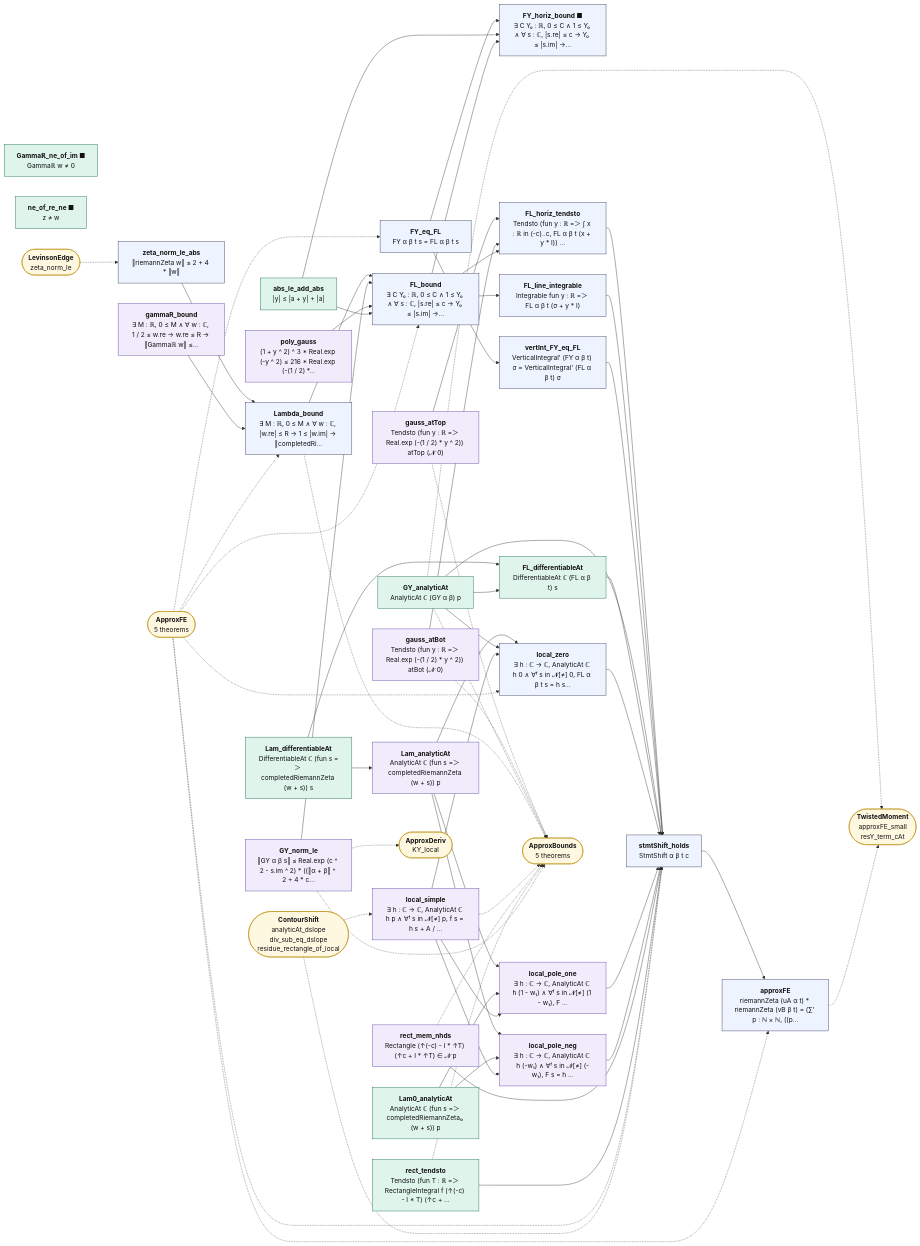
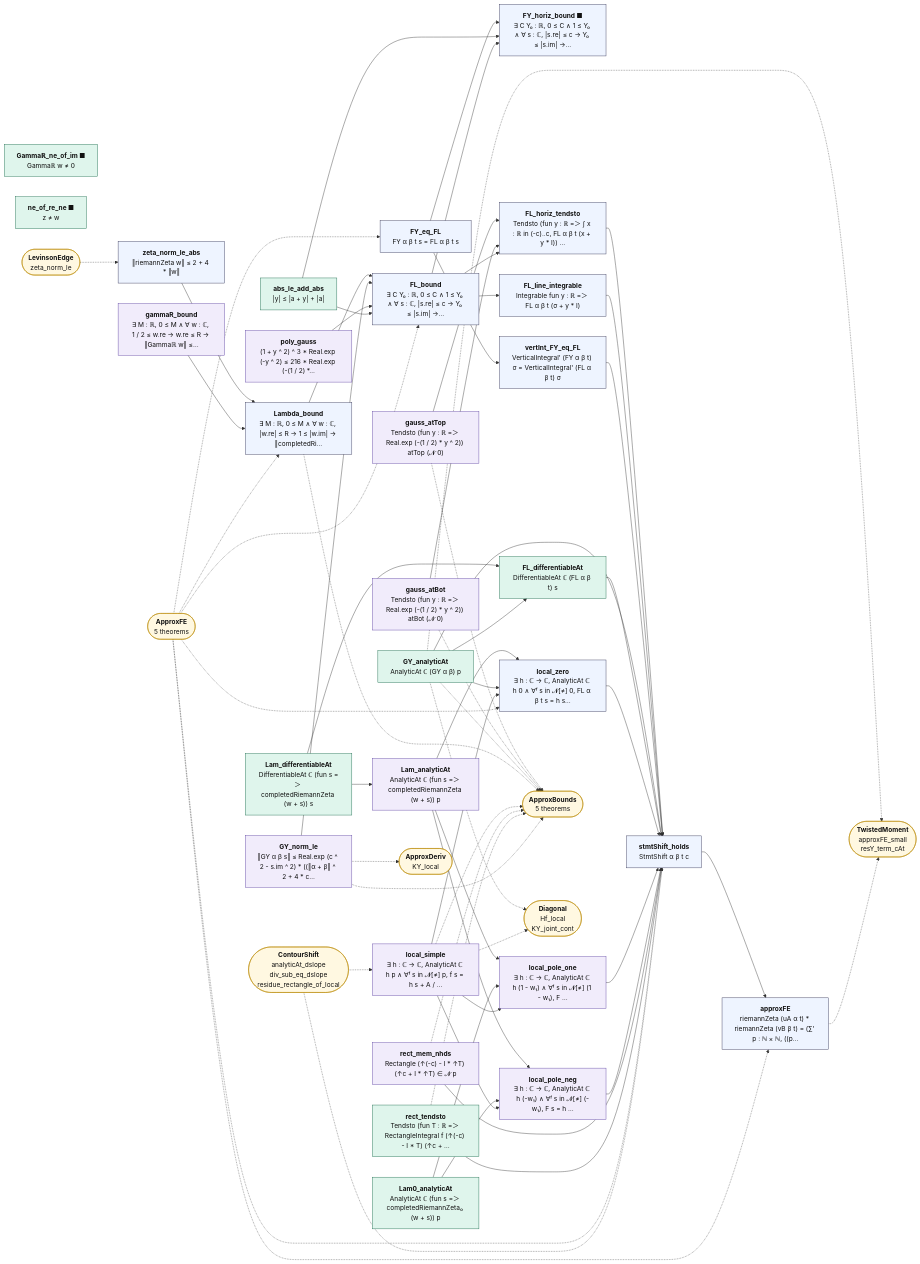
The diagram in map/lean_stage3/ApproxShift.mmd (juliansambranojr/Primebeat_081426), drawn with Mermaid before and after one commit. The commit also changed 32 other files, not shown here.

```diff
--- a/map/lean_stage3/ApproxShift.mmd
+++ b/map/lean_stage3/ApproxShift.mmd
@@ -1,101 +1,104 @@
 flowchart LR
   n0["<b>zeta_norm_le_abs</b><br/>‖riemannZeta w‖ ≤ 2 + 4 * ‖w‖"]:::thm
   n1["<b>gammaR_bound</b><br/>∃ M : ℝ, 0 ≤ M ∧ ∀ w : ℂ, 1 / 2 ≤ w.re → w.re ≤ R → ‖Gammaℝ w‖ ≤…"]:::shp
   n2["<b>Lambda_bound</b><br/>∃ M : ℝ, 0 ≤ M ∧ ∀ w : ℂ, |w.re| ≤ R → 1 ≤ |w.im| → ‖completedRi…"]:::thm
   n3["<b>GY_norm_le</b><br/>‖GY α β s‖ ≤ Real.exp (c ^ 2 - s.im ^ 2) * ((‖α + β‖ ^ 2 + 4 * c…"]:::shp
   n4["<b>poly_gauss</b><br/>(1 + y ^ 2) ^ 3 * Real.exp (-y ^ 2) ≤ 216 * Real.exp (-(1 / 2) *…"]:::shp
   n5["<b>FY_eq_FL</b><br/>FY α β t s = FL α β t s"]:::thm
   n6["<b>Gammaℝ_ne_of_im ■</b><br/>Gammaℝ w ≠ 0"]:::cnt
   n7["<b>abs_le_add_abs</b><br/>|y| ≤ |a + y| + |a|"]:::cnt
   n8["<b>FL_bound</b><br/>∃ C Y₀ : ℝ, 0 ≤ C ∧ 1 ≤ Y₀ ∧ ∀ s : ℂ, |s.re| ≤ c → Y₀ ≤ |s.im| →…"]:::thm
   n9["<b>FY_horiz_bound ■</b><br/>∃ C Y₀ : ℝ, 0 ≤ C ∧ 1 ≤ Y₀ ∧ ∀ s : ℂ, |s.re| ≤ c → Y₀ ≤ |s.im| →…"]:::thm
   n10["<b>gauss_atTop</b><br/>Tendsto (fun y : ℝ =＞ Real.exp (-(1 / 2) * y ^ 2)) atTop (𝓝 0)"]:::shp
   n11["<b>gauss_atBot</b><br/>Tendsto (fun y : ℝ =＞ Real.exp (-(1 / 2) * y ^ 2)) atBot (𝓝 0)"]:::shp
   n12["<b>FL_horiz_tendsto</b><br/>Tendsto (fun y : ℝ =＞ ∫ x : ℝ in (-c)..c, FL α β t (x + y * I)) …"]:::thm
   n13["<b>FL_line_integrable</b><br/>Integrable fun y : ℝ =＞ FL α β t (σ + y * I)"]:::thm
   n14["<b>vertInt_FY_eq_FL</b><br/>VerticalIntegral' (FY α β t) σ = VerticalIntegral' (FL α β t) σ"]:::thm
   n15["<b>Lam_differentiableAt</b><br/>DifferentiableAt ℂ (fun s =＞ completedRiemannZeta (w + s)) s"]:::cnt
   n16["<b>Lam_analyticAt</b><br/>AnalyticAt ℂ (fun s =＞ completedRiemannZeta (w + s)) p"]:::shp
   n17["<b>Lam0_analyticAt</b><br/>AnalyticAt ℂ (fun s =＞ completedRiemannZeta₀ (w + s)) p"]:::cnt
   n18["<b>GY_analyticAt</b><br/>AnalyticAt ℂ (GY α β) p"]:::cnt
   n19["<b>FL_differentiableAt</b><br/>DifferentiableAt ℂ (FL α β t) s"]:::cnt
   n20["<b>local_simple</b><br/>∃ h : ℂ → ℂ, AnalyticAt ℂ h p ∧ ∀ᶠ s in 𝓝[≠] p, f s = h s + A / …"]:::shp
   n21["<b>local_zero</b><br/>∃ h : ℂ → ℂ, AnalyticAt ℂ h 0 ∧ ∀ᶠ s in 𝓝[≠] 0, FL α β t s = h s…"]:::thm
   n22["<b>local_pole_one</b><br/>∃ h : ℂ → ℂ, AnalyticAt ℂ h (1 - w₁) ∧ ∀ᶠ s in 𝓝[≠] (1 - w₁), F …"]:::shp
   n23["<b>local_pole_neg</b><br/>∃ h : ℂ → ℂ, AnalyticAt ℂ h (-w₁) ∧ ∀ᶠ s in 𝓝[≠] (-w₁), F s = h …"]:::shp
   n24["<b>ne_of_re_ne ■</b><br/>z ≠ w"]:::cnt
   n25["<b>rect_mem_nhds</b><br/>Rectangle (↑(-c) - I * ↑T) (↑c + I * ↑T) ∈ 𝓝 p"]:::shp
   n26["<b>rect_tendsto</b><br/>Tendsto (fun T : ℝ =＞ RectangleIntegral f (↑(-c) - I * T) (↑c + …"]:::cnt
   n27["<b>stmtShift_holds</b><br/>StmtShift α β t c"]:::thm
   n28["<b>approxFE</b><br/>riemannZeta (uA α t) * riemannZeta (vB β t) = (∑' p : ℕ × ℕ, ((p…"]:::thm
   x0(["<b>LevinsonEdge</b><br/>zeta_norm_le"]):::ext
   x1(["<b>ApproxFE</b><br/>5 theorems"]):::ext
   x2(["<b>ApproxBounds</b><br/>5 theorems"]):::ext
   x3(["<b>ApproxDeriv</b><br/>KY_local"]):::ext
-  x4(["<b>TwistedMoment</b><br/>approxFE_small<br/>resY_term_cAt"]):::ext
-  x5(["<b>ContourShift</b><br/>analyticAt_dslope<br/>div_sub_eq_dslope<br/>residue_rectangle_of_local"]):::ext
+  x4(["<b>Diagonal</b><br/>Hf_local<br/>KY_joint_cont"]):::ext
+  x5(["<b>TwistedMoment</b><br/>approxFE_small<br/>resY_term_cAt"]):::ext
+  x6(["<b>ContourShift</b><br/>analyticAt_dslope<br/>div_sub_eq_dslope<br/>residue_rectangle_of_local"]):::ext
   n0 --> n2
   n1 --> n2
   n10 --> n12
   n11 --> n12
   n12 --> n27
   n13 --> n27
   n14 --> n27
   n15 --> n16
   n15 --> n19
   n16 --> n21
   n16 --> n22
   n16 --> n23
   n17 --> n22
   n17 --> n23
   n18 --> n19
   n18 --> n21
   n18 --> n27
   n19 --> n27
   n2 --> n8
   n20 --> n21
   n20 --> n22
   n20 --> n23
   n21 --> n27
   n22 --> n27
   n23 --> n27
   n25 --> n27
   n26 --> n27
   n27 --> n28
   n3 --> n8
   n4 --> n8
   n5 --> n14
   n5 --> n9
   n7 --> n8
   n7 --> n9
   n8 --> n12
   n8 --> n13
   n8 --> n9
   n10 -.-> x2
   n11 -.-> x2
   n18 -.-> x2
   n18 -.-> x4
+  n18 -.-> x5
   n2 -.-> x2
   n20 -.-> x2
+  n20 -.-> x4
   n25 -.-> x2
   n26 -.-> x2
-  n28 -.-> x4
+  n28 -.-> x5
   n3 -.-> x2
   n3 -.-> x3
   x0 -.-> n0
   x1 -.-> n2
   x1 -.-> n21
   x1 -.-> n27
   x1 -.-> n28
   x1 -.-> n5
   x1 -.-> n8
-  x5 -.-> n20
-  x5 -.-> n27
+  x6 -.-> n20
+  x6 -.-> n27
   classDef cnt fill:#dff5ec,stroke:#17694a,color:#111
   classDef shp fill:#f1ecfb,stroke:#5b3fa0,color:#111
   classDef rh fill:#ffe5e5,stroke:#c22,color:#111,stroke-width:2px
   classDef thm fill:#eef4ff,stroke:#335,color:#111
   classDef end_ fill:#e7f7e7,stroke:#2a7,color:#111,stroke-width:2px
   classDef lone fill:#fff,stroke:#999,color:#111,stroke-dasharray:4 3
   classDef bad fill:#ffe5e5,stroke:#c22,color:#111,stroke-width:2px
   classDef ext fill:#fff8e1,stroke:#b80,color:#111
```
